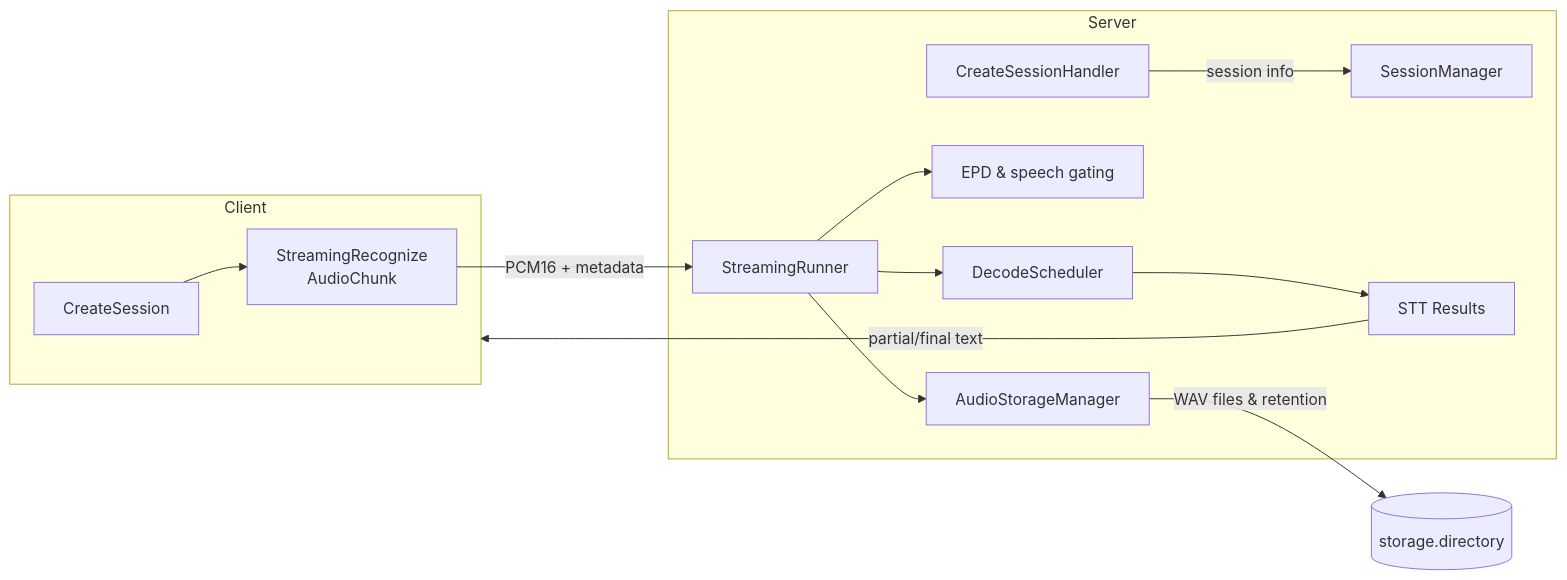
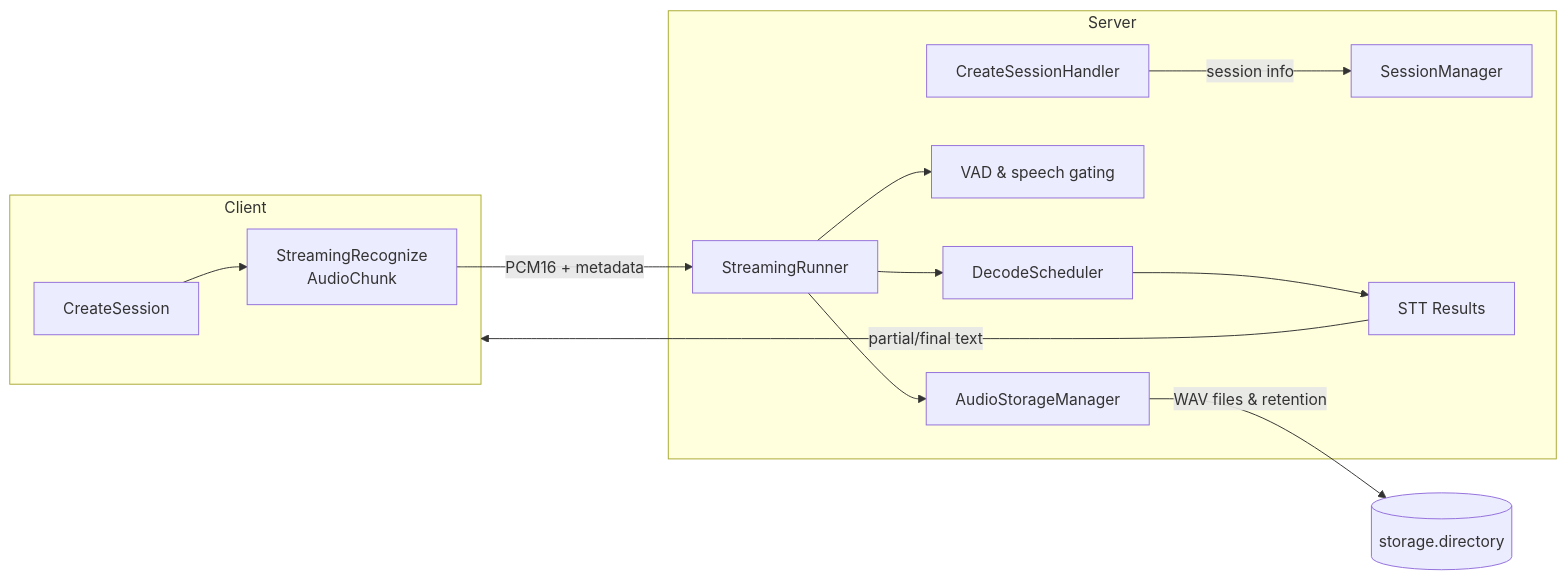
Before and after one commit to brightleeh/whisper-streaming-stt-server: the diagram in README.md, drawn with Mermaid. The commit also changed other lines of this file and 18 other files, not shown here.

Commit message:
refactor: rename EPD to VAD, switch to silero_vad, frame-align VAD, add active VAD metrics/logs

````diff
--- a/README.md
+++ b/README.md
@@ -202,16 +203,16 @@
 ```mermaid
 flowchart LR
     subgraph Client
         A[CreateSession] --> B[StreamingRecognize<br/>AudioChunk]
     end
     B -->|PCM16 + metadata| E[StreamingRunner]
     subgraph Server
         C[CreateSessionHandler] -- session info --> D[SessionManager]
-        E --> F[EPD & speech gating]
+        E --> F[VAD & speech gating]
         E --> G[DecodeScheduler]
         E --> H[AudioStorageManager]
         G --> I[STT Results]
     end
     I -->|partial/final text| Client
     H -->|WAV files & retention| Storage[(storage.directory)]
 ```
````
